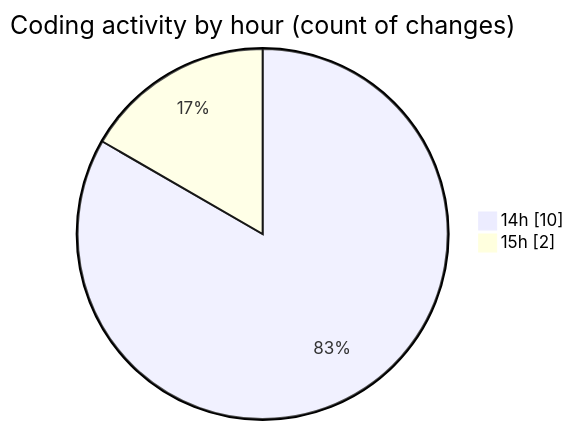
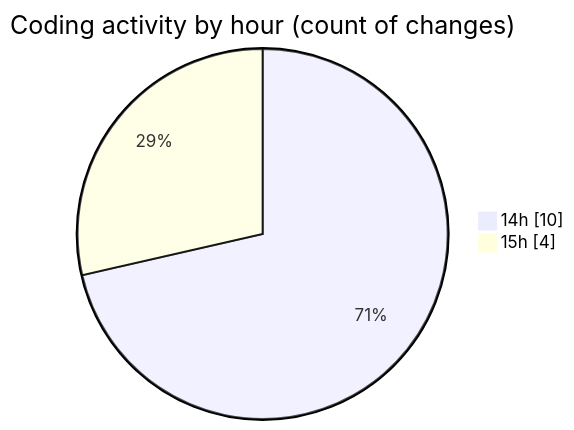
One commit to LanceThiago/code-tracking changed the second of 2 diagrams in 2026-08-26/oficina/README.md. Above: the diagram before and after it, drawn with Mermaid. The commit also changed other lines of this file and 1 other file, not shown here.

````diff
--- a/2026-08-26/oficina/README.md
+++ b/2026-08-26/oficina/README.md
@@ -28,6 +28,6 @@
 ```mermaid
 pie showData
 title Coding activity by hour (count of changes)
 "14h" : 10
-"15h" : 2
+"15h" : 4
 ```
````
